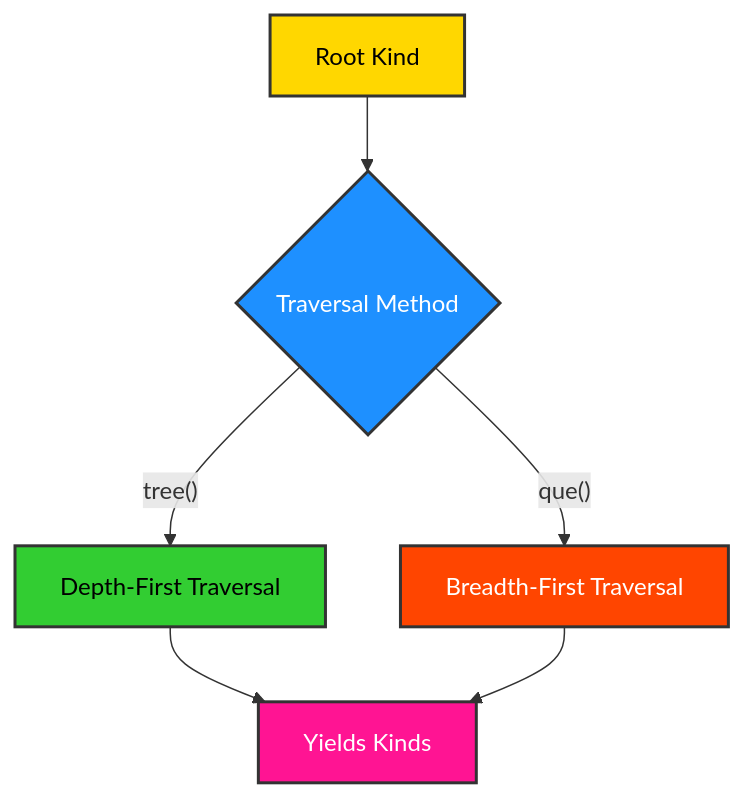
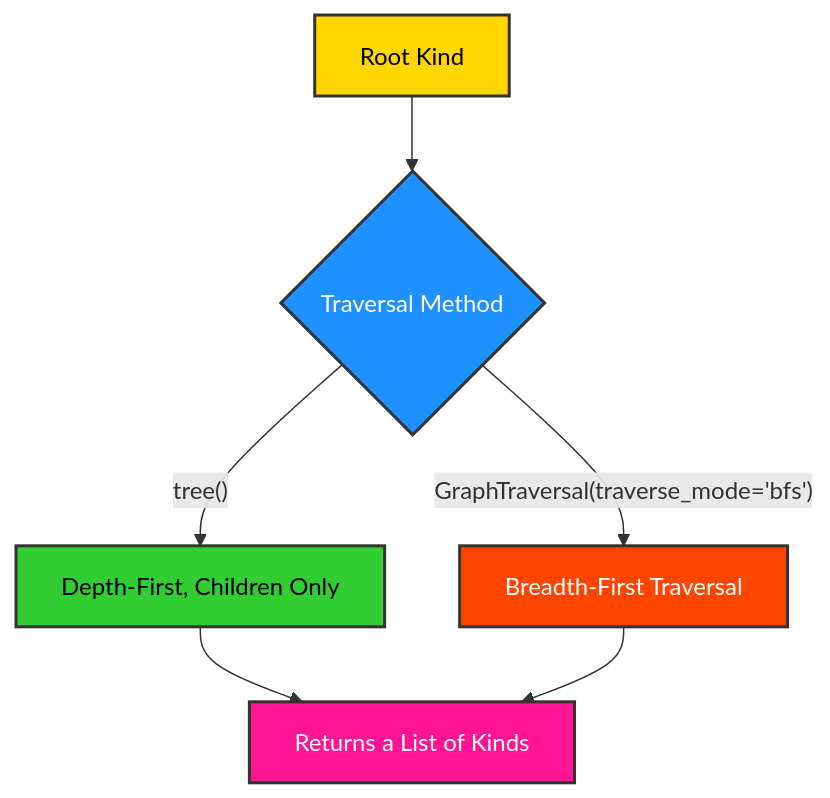
Before and after one commit to ikko/kind: the fourth of 13 diagrams in docs/topics/8_api_highlights/index.md, drawn with Mermaid. The commit also changed other lines of this file and 62 other files, not shown here.

````diff
--- a/docs/topics/8_api_highlights/index.md
+++ b/docs/topics/8_api_highlights/index.md
@@ -221,14 +212,14 @@
 ```mermaid
 graph TD
     A[Root Kind] --> B{Traversal Method};
-    B -- "tree()" --> C[Depth-First Traversal];
-    B -- "que()" --> D[Breadth-First Traversal];
-    C --> F[Yields Kinds];
+    B -- "tree()" --> C[Depth-First, Children Only];
+    B -- "GraphTraversal(traverse_mode='bfs')" --> D[Breadth-First Traversal];
+    C --> F[Returns a List of Kinds];
     D --> F;
 
     style A fill:#FFD700,stroke:#333,stroke-width:2px,color:#000000;
     style B fill:#1E90FF,stroke:#333,stroke-width:2px,color:#FFFFFF;
     style C fill:#32CD32,stroke:#333,stroke-width:2px,color:#000000;
     style D fill:#FF4500,stroke:#333,stroke-width:2px,color:#FFFFFF;
     style F fill:#FF1493,stroke:#333,stroke-width:2px,color:#FFFFFF;
 ```
````
